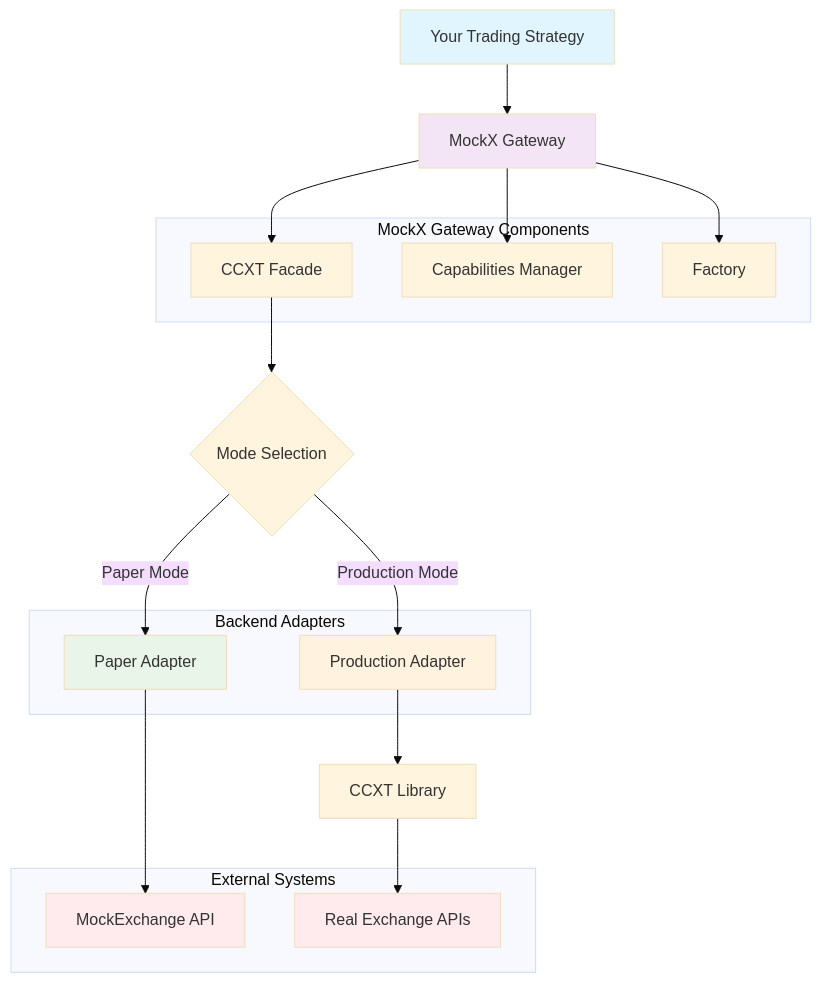
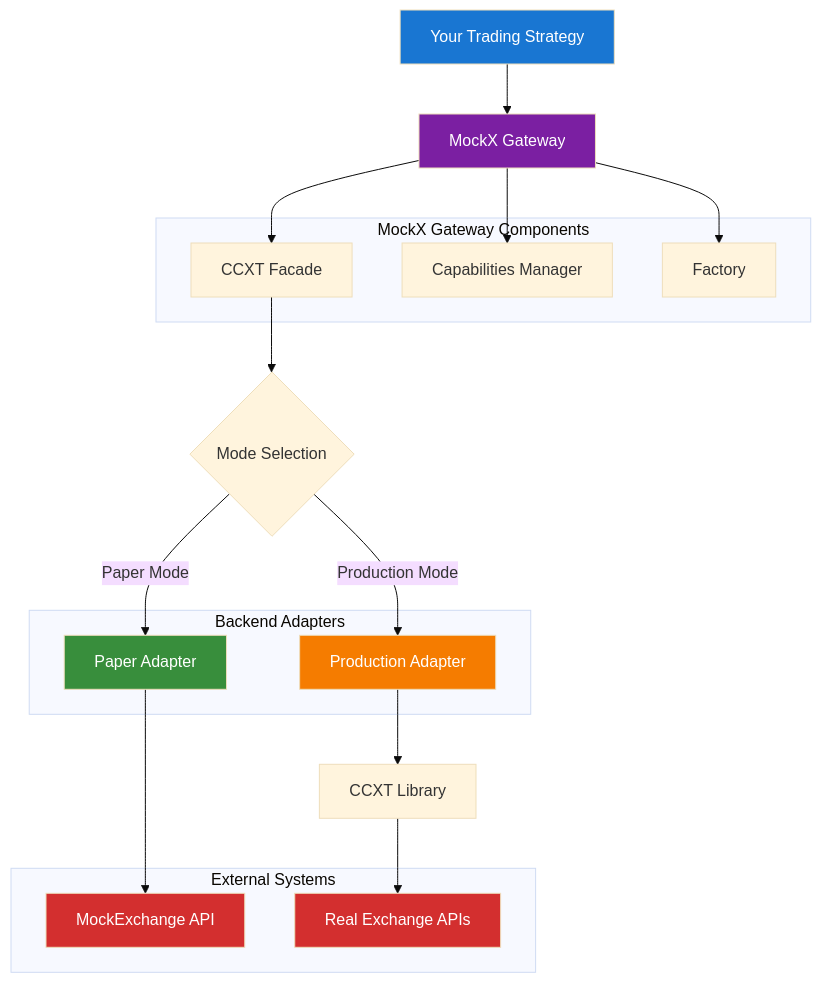
Before and after one commit to didac-crst/mockexchange-gateway: the diagram in README.md, drawn with Mermaid (base theme).

Commit message:
docs: improve Mermaid diagram readability with stronger colors
- Change from light pastel colors to strong, vibrant colors
- Add white text color for better contrast and readability
- Use Material Design color palette for professional appearance
- Improve accessibility and visual clarity

````diff
--- a/README.md
+++ b/README.md
@@ -83,38 +83,38 @@
 ```mermaid
 flowchart TD
     A[Your Trading Strategy] --> B[MockX Gateway]
     B --> C[CCXT Facade]
     B --> D[Capabilities Manager]
     B --> E[Factory]
     
     C --> F{Mode Selection}
     F -->|Paper Mode| G[Paper Adapter]
     F -->|Production Mode| H[Production Adapter]
     
     G --> I[MockExchange API]
     H --> J[CCXT Library]
     J --> K[Real Exchange APIs]
     
     subgraph "MockX Gateway Components"
         C
         D
         E
     end
     
     subgraph "Backend Adapters"
         G
         H
     end
     
     subgraph "External Systems"
         I
         K
     end
     
-    style A fill:#e1f5fe
-    style B fill:#f3e5f5
-    style G fill:#e8f5e8
-    style H fill:#fff3e0
-    style I fill:#ffebee
-    style K fill:#ffebee
+    style A fill:#1976d2,color:#ffffff
+    style B fill:#7b1fa2,color:#ffffff
+    style G fill:#388e3c,color:#ffffff
+    style H fill:#f57c00,color:#ffffff
+    style I fill:#d32f2f,color:#ffffff
+    style K fill:#d32f2f,color:#ffffff
 ```
````
